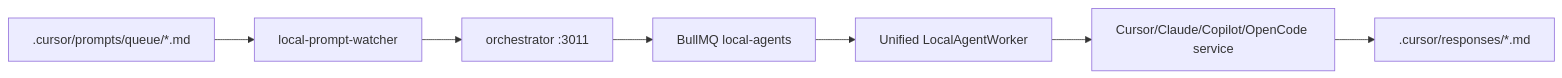
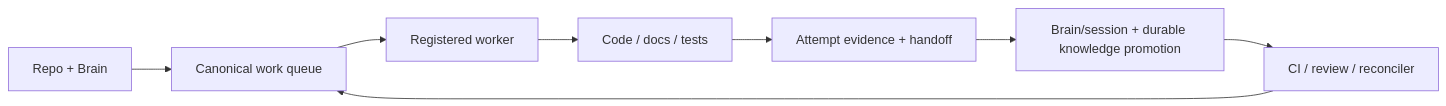
The diagram in docs/brain/agents/README.md (cloudsysops/opsly), drawn with Mermaid before and after one commit. The commit also changed other lines of this file, not shown here.

Commit message:
docs(brain): require agent work journals and knowledge promotion

````diff
--- a/docs/brain/agents/README.md
+++ b/docs/brain/agents/README.md
@@ -52,9 +73,10 @@
 ```mermaid
 flowchart LR
-  Prompt[".cursor/prompts/queue/*.md"] --> Watcher["local-prompt-watcher"]
-  Watcher --> API["orchestrator :3011"]
-  API --> Queue["BullMQ local-agents"]
-  Queue --> Worker["Unified LocalAgentWorker"]
-  Worker --> Service["Cursor/Claude/Copilot/OpenCode service"]
-  Service --> Response[".cursor/responses/*.md"]
+  Context["Repo + Brain"] --> Queue["Canonical work queue"]
+  Queue --> Worker["Registered worker"]
+  Worker --> Change["Code / docs / tests"]
+  Change --> Evidence["Attempt evidence + handoff"]
+  Evidence --> Brain["Brain/session + durable knowledge promotion"]
+  Brain --> Review["CI / review / reconciler"]
+  Review --> Queue
 ```
````
